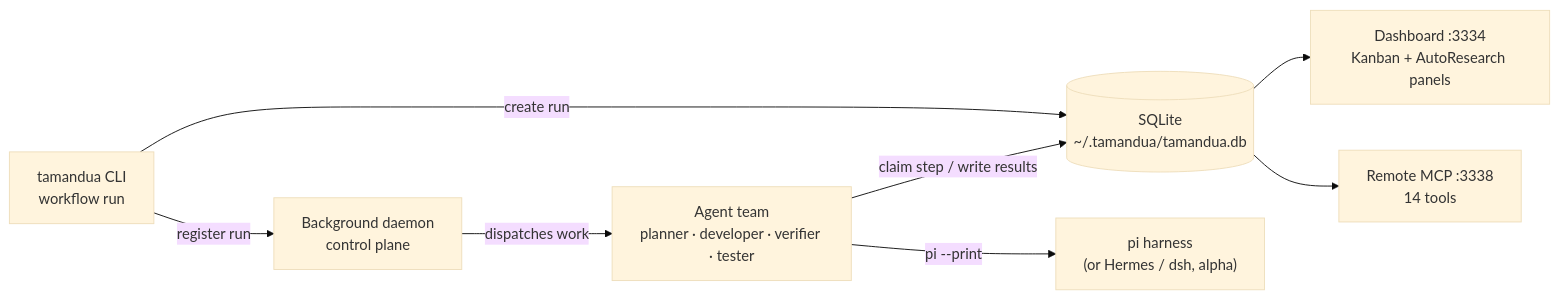
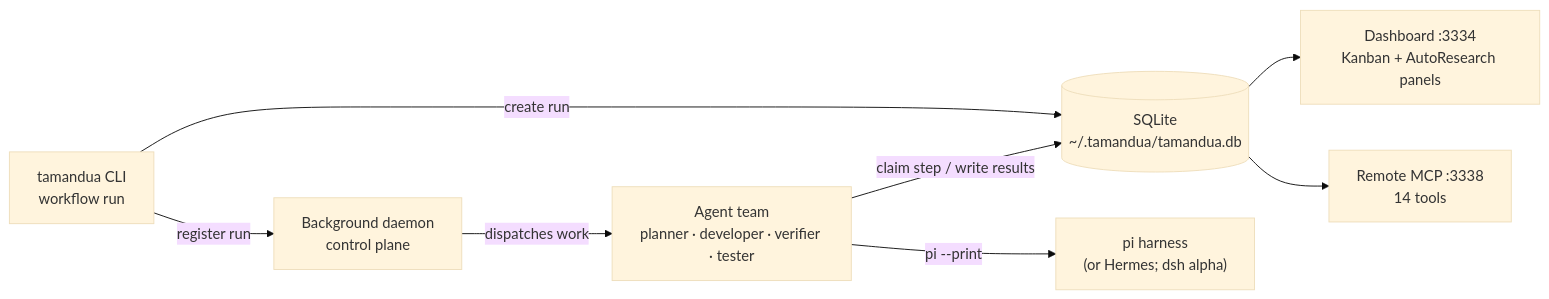
One commit to igorhvr/tamandua changed the diagram in README.md. Above: the diagram before and after it, drawn with Mermaid (base theme). The commit also changed other lines of this file and 9 other files, not shown here.

````diff
--- a/README.md
+++ b/README.md
@@ -258,10 +258,10 @@
 ```mermaid
 flowchart LR
     CLI["tamandua CLI<br/>workflow run"] -->|create run| DB[("SQLite<br/>~/.tamandua/tamandua.db")]
     CLI -->|register run| Daemon["Background daemon<br/>control plane"]
     Daemon -->|dispatches work| Agents["Agent team<br/>planner · developer · verifier · tester"]
-    Agents -->|"pi --print"| Harness["pi harness<br/>(or Hermes / dsh, alpha)"]
+    Agents -->|"pi --print"| Harness["pi harness<br/>(or Hermes; dsh alpha)"]
     Agents -->|claim step / write results| DB
     DB --> Dashboard["Dashboard :3334<br/>Kanban + AutoResearch panels"]
     DB --> MCP["Remote MCP :3338<br/>14 tools"]
 ```
````
